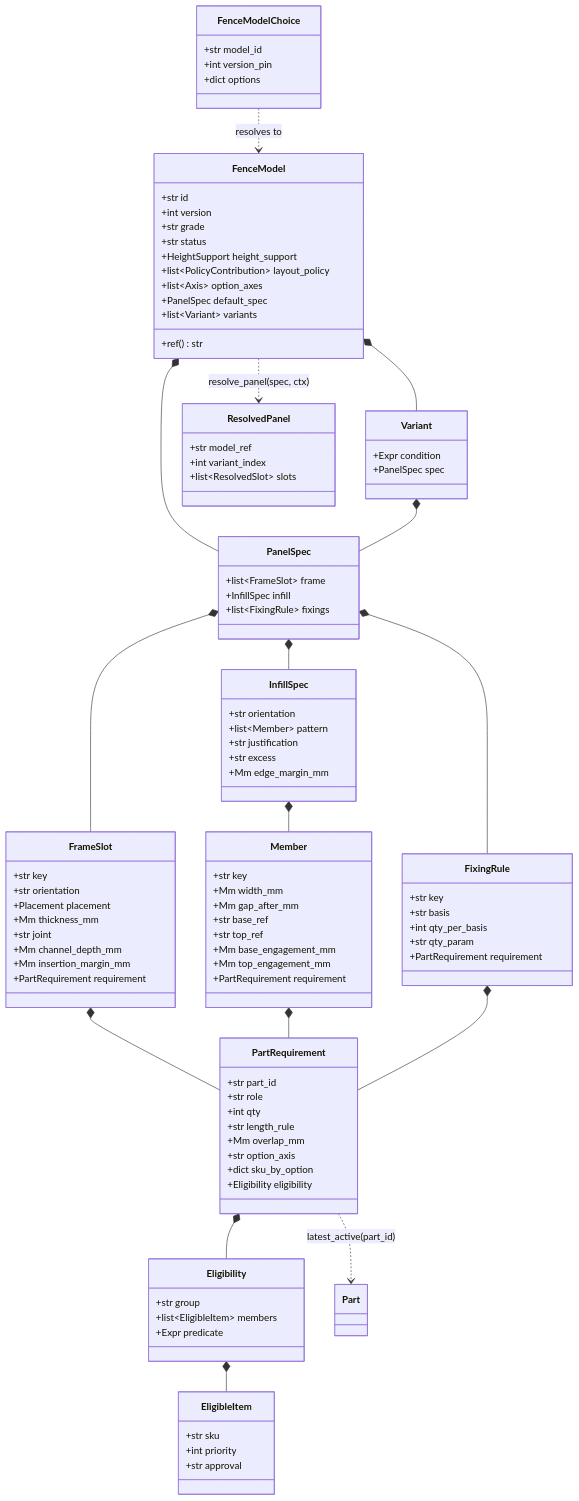
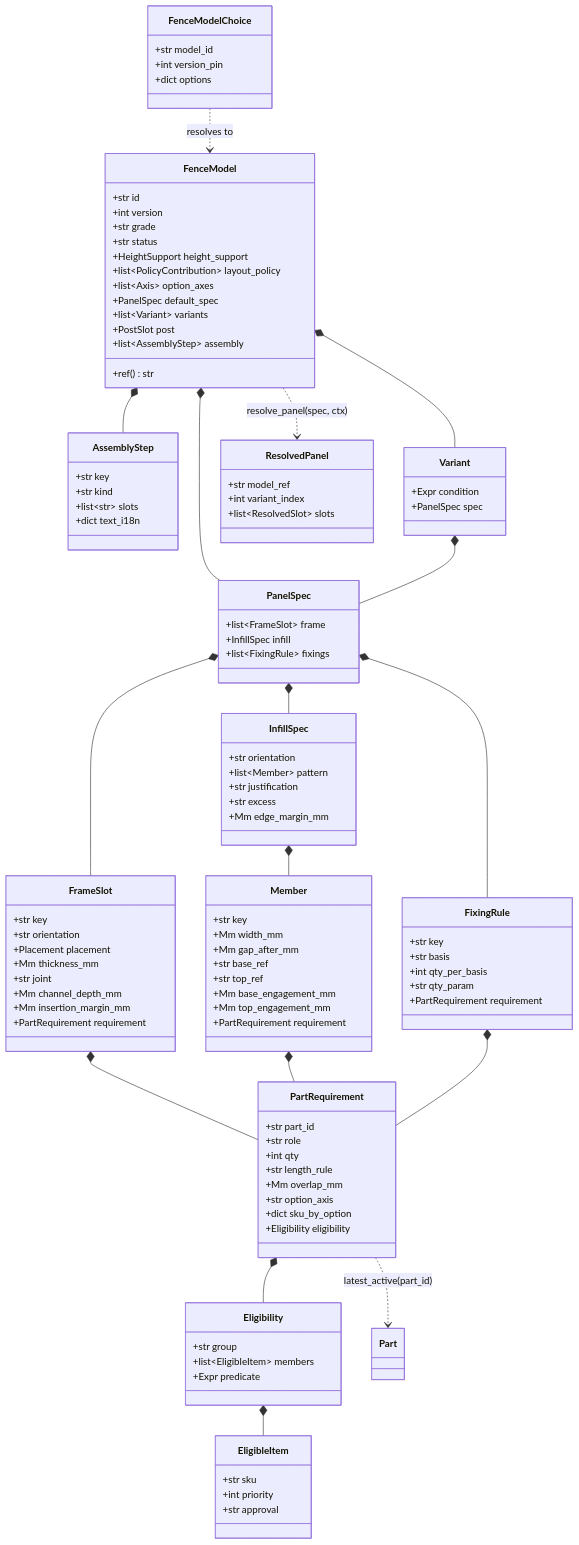
The third of 9 diagrams in docs/architecture/02-entities.md (spicysauce1955-stack/BOM), drawn with Mermaid before and after one commit. The commit also changed 1 other file, not shown here.

Commit message:
docs: a panel can say how it goes together
The entity diagram gains AssemblyStep (and the PostSlot it had been missing since
W3), and the status records what the schema refuses and why.

```diff
--- a/docs/architecture/02-entities.md
+++ b/docs/architecture/02-entities.md
@@ -234,7 +234,15 @@
         +list~Axis~ option_axes
         +PanelSpec default_spec
         +list~Variant~ variants
+        +PostSlot post
+        +list~AssemblyStep~ assembly
         +ref() str
+    }
+    class AssemblyStep {
+        +str key
+        +str kind
+        +list~str~ slots
+        +dict text_i18n
     }
     class PanelSpec {
         +list~FrameSlot~ frame
@@ -311,6 +319,7 @@
     }
 
     FenceModel *-- PanelSpec
+    FenceModel *-- AssemblyStep
     FenceModel *-- Variant
     Variant *-- PanelSpec
     PanelSpec *-- FrameSlot
```
